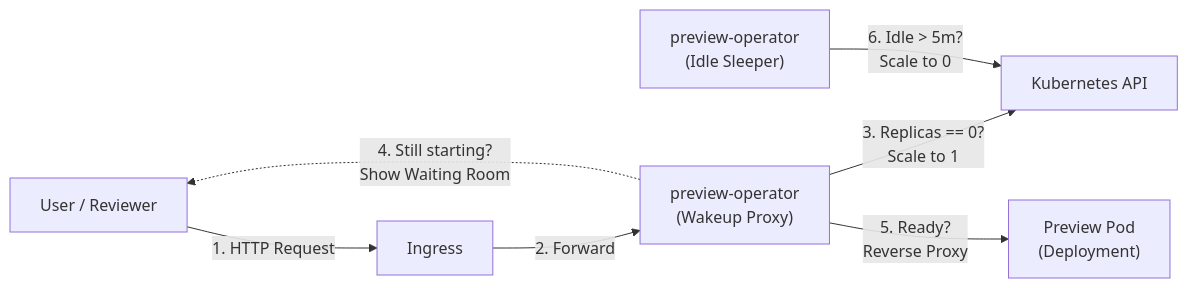
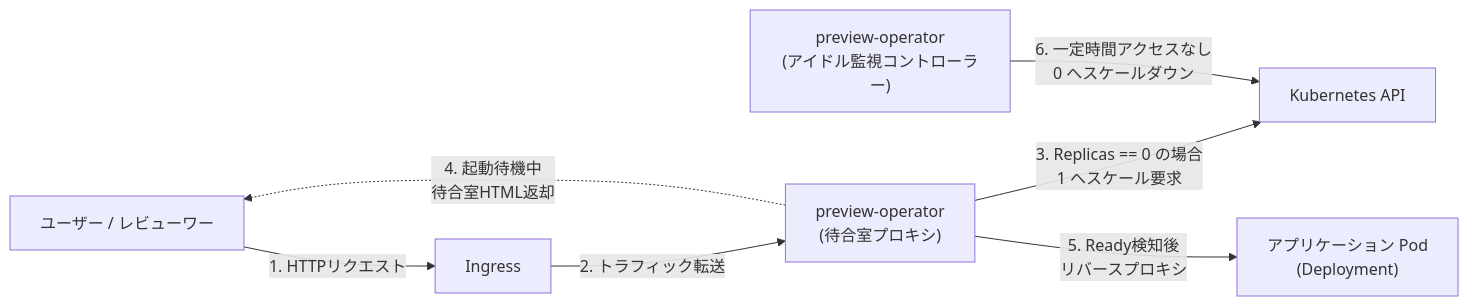
One commit to AobaIwaki123/preview-operator changed the diagram in README.md. Above: the diagram before and after it, drawn with Mermaid. The commit also changed other lines of this file and 3 other files, not shown here.

````diff
--- a/README.md
+++ b/README.md
@@ -24,13 +24,13 @@
 ```mermaid
 %%{init: {"flowchart": {"curve": "basis"}}}%%
 flowchart LR
-    Browser["User / Reviewer"] -->|"1. HTTP Request"| Ingress["Ingress"]
-    Ingress -->|"2. Forward"| Proxy["preview-operator<br>(Wakeup Proxy)"]
+    Browser["ユーザー / レビューワー"] -->|"1. HTTPリクエスト"| Ingress["Ingress"]
+    Ingress -->|"2. トラフィック転送"| Proxy["preview-operator<br>(待合室プロキシ)"]
     
-    Proxy -->|"3. Replicas == 0?<br>Scale to 1"| K8sAPI["Kubernetes API"]
-    Proxy -.->|"4. Still starting?<br>Show Waiting Room"| Browser
+    Proxy -->|"3. Replicas == 0 の場合<br>1 へスケール要求"| K8sAPI["Kubernetes API"]
+    Proxy -.->|"4. 起動待機中<br>待合室HTML返却"| Browser
     
-    Proxy -->|"5. Ready?<br>Reverse Proxy"| AppPod["Preview Pod<br>(Deployment)"]
+    Proxy -->|"5. Ready検知後<br>リバースプロキシ"| AppPod["アプリケーション Pod<br>(Deployment)"]
     
-    Sleeper["preview-operator<br>(Idle Sleeper)"] -->|"6. Idle > 5m?<br>Scale to 0"| K8sAPI
+    Sleeper["preview-operator<br>(アイドル監視コントローラー)"] -->|"6. 一定時間アクセスなし<br>0 へスケールダウン"| K8sAPI
 ```
````
